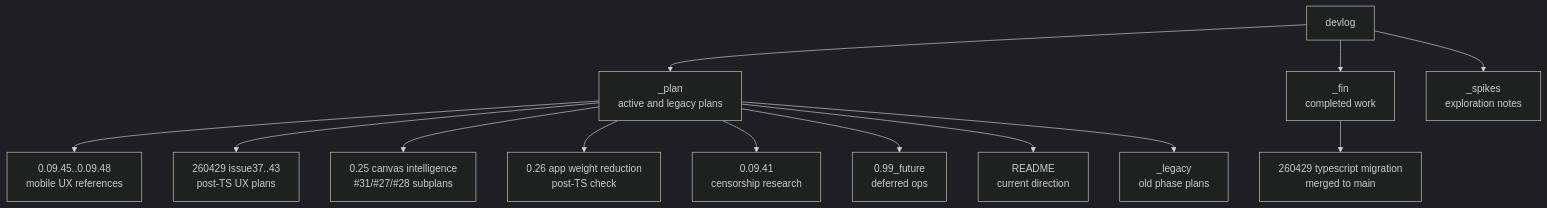
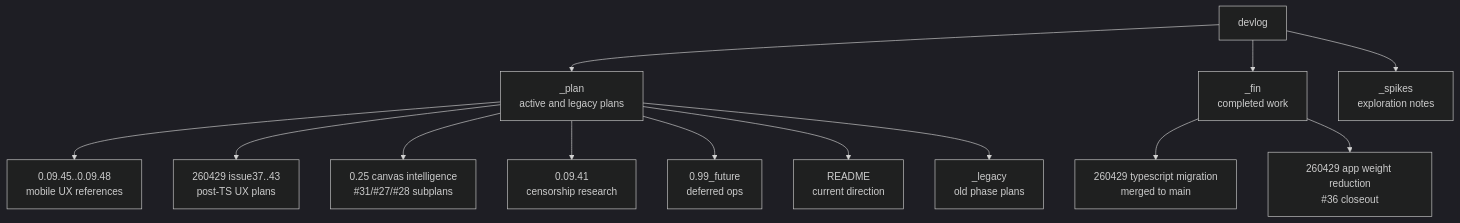
The diagram in structure/07-devlog-map.md (ChatPoongKun/ima2-gen), drawn with Mermaid (dark theme) before and after one commit. The commit also changed other lines of this file and 8 other files, not shown here.

Commit message:
docs(devlog): archive app weight reduction closeout

````diff
--- a/structure/07-devlog-map.md
+++ b/structure/07-devlog-map.md
@@ -19,15 +19,15 @@
 ```mermaid
 graph TD
     DEV["devlog"] --> PLAN["_plan<br/>active and legacy plans"]
     DEV --> FIN["_fin<br/>completed work"]
     DEV --> SPIKES["_spikes<br/>exploration notes"]
     PLAN --> MOBILE["0.09.45..0.09.48<br/>mobile UX references"]
     PLAN --> UX["260429 issue37..43<br/>post-TS UX plans"]
     PLAN --> INTEL["0.25 canvas intelligence<br/>#31/#27/#28 subplans"]
-    PLAN --> PERF["0.26 app weight reduction<br/>post-TS check"]
     PLAN --> RESEARCH["0.09.41<br/>censorship research"]
     PLAN --> FUTURE["0.99_future<br/>deferred ops"]
     PLAN --> ROAD["README<br/>current direction"]
     PLAN --> LEGACY["_legacy<br/>old phase plans"]
     FIN --> TS_DONE["260429 typescript migration<br/>merged to main"]
+    FIN --> PERF_DONE["260429 app weight reduction<br/>#36 closeout"]
 ```
````
